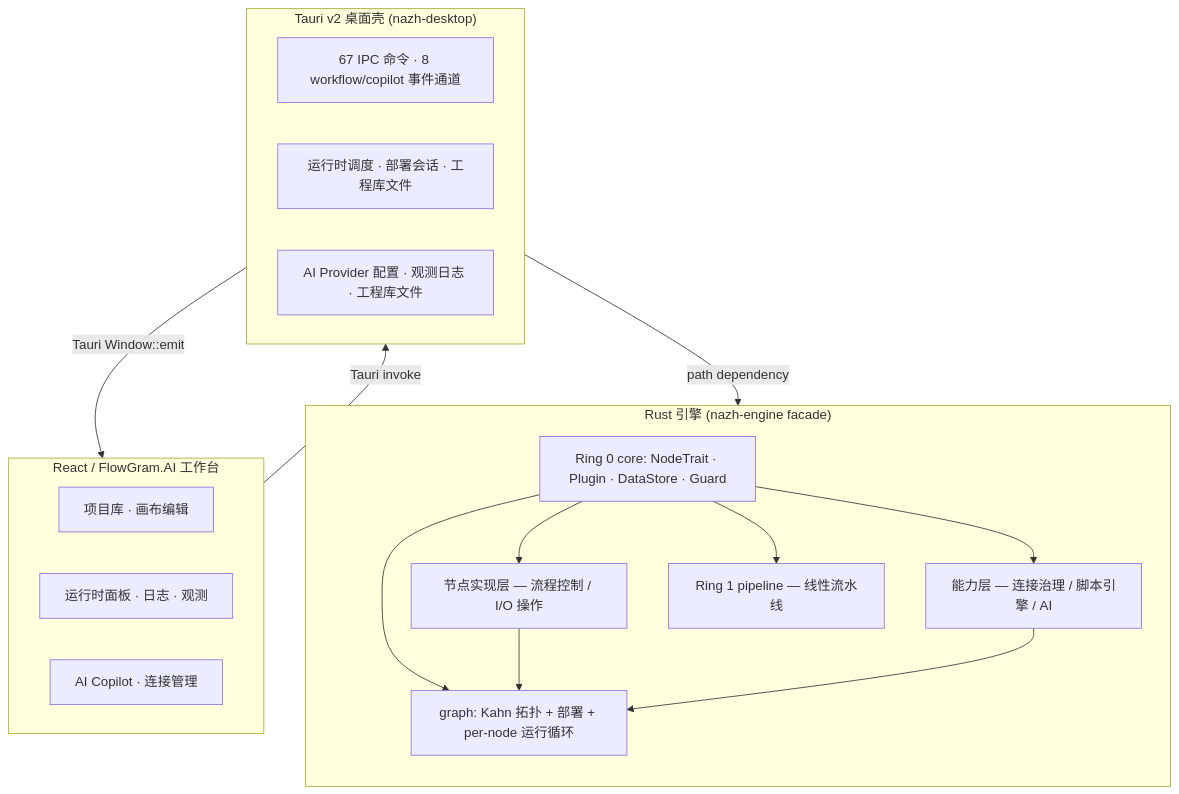
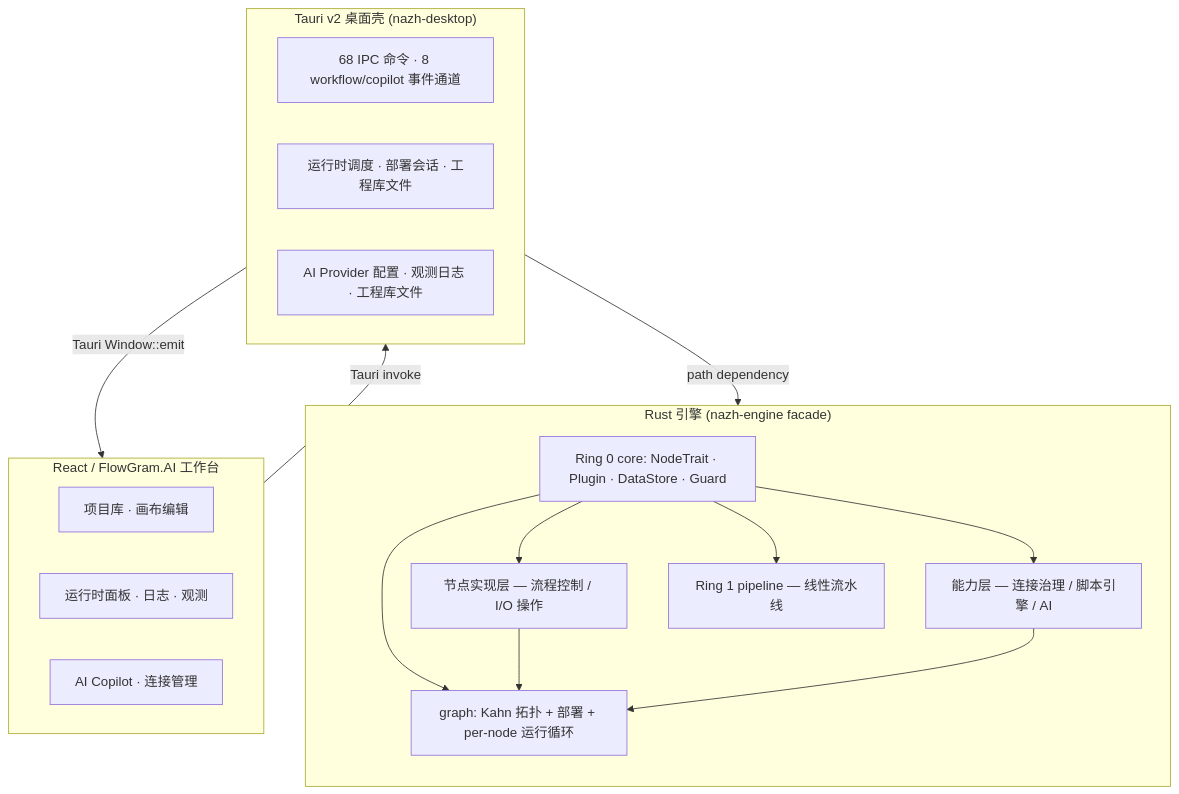
One commit to ssXue/Nazh changed the diagram in README.md. Above: the diagram before and after it, drawn with Mermaid. The commit also changed 3 other files, not shown here.

````diff
--- a/README.md
+++ b/README.md
@@ -47,33 +47,33 @@
 ```mermaid
 flowchart TB
     subgraph Frontend["React / FlowGram.AI 工作台"]
         F1["项目库 · 画布编辑"]
         F2["运行时面板 · 日志 · 观测"]
         F3["AI Copilot · 连接管理"]
     end
 
     subgraph Shell["Tauri v2 桌面壳 (nazh-desktop)"]
-        S1["67 IPC 命令 · 8 workflow/copilot 事件通道"]
+        S1["68 IPC 命令 · 8 workflow/copilot 事件通道"]
         S2["运行时调度 · 部署会话 · 工程库文件"]
         S3["AI Provider 配置 · 观测日志 · 工程库文件"]
     end
 
     subgraph Engine["Rust 引擎 (nazh-engine facade)"]
         direction TB
         C0["Ring 0 core: NodeTrait · Plugin · DataStore · Guard"]
         C1a["节点实现层 — 流程控制 / I/O 操作"]
         C1b["能力层 — 连接治理 / 脚本引擎 / AI"]
         C1c["Ring 1 pipeline — 线性流水线"]
         G["graph: Kahn 拓扑 + 部署 + per-node 运行循环"]
         C0 --> C1a
         C0 --> C1b
         C0 --> C1c
         C0 --> G
         C1a --> G
         C1b --> G
     end
 
     Frontend -- "Tauri invoke" --> Shell
     Shell -- "Tauri Window::emit" --> Frontend
     Shell -- "path dependency" --> Engine
 ```
````
